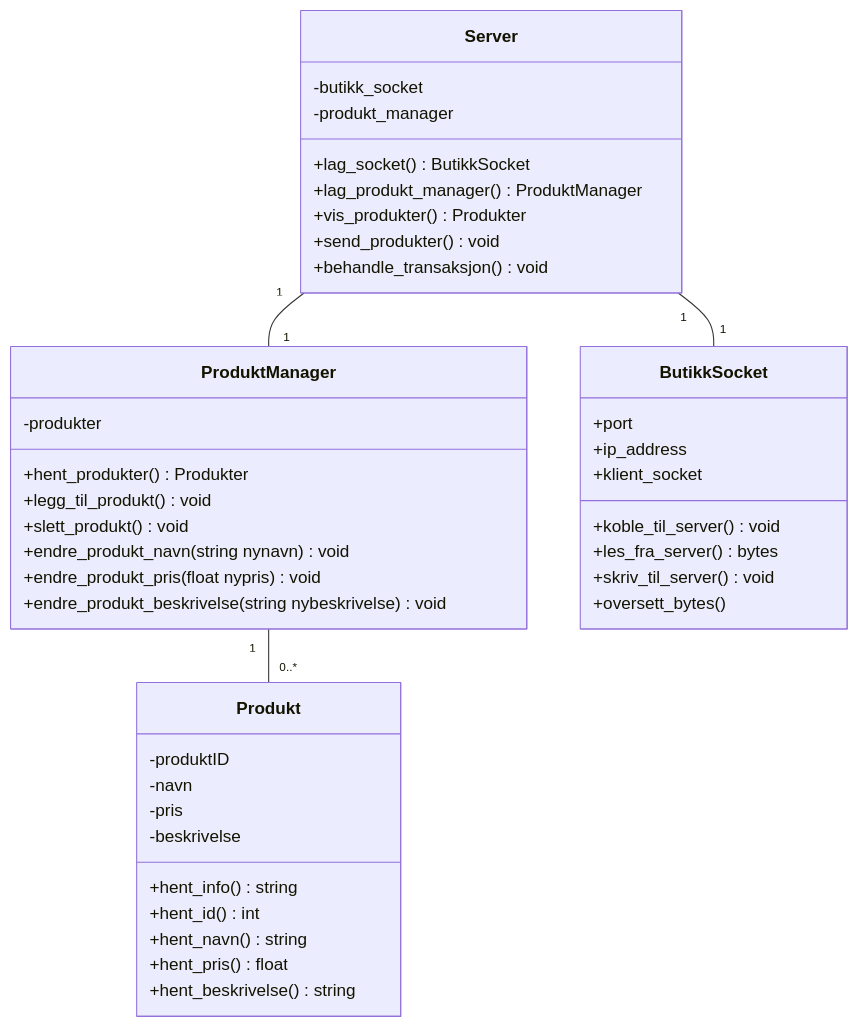
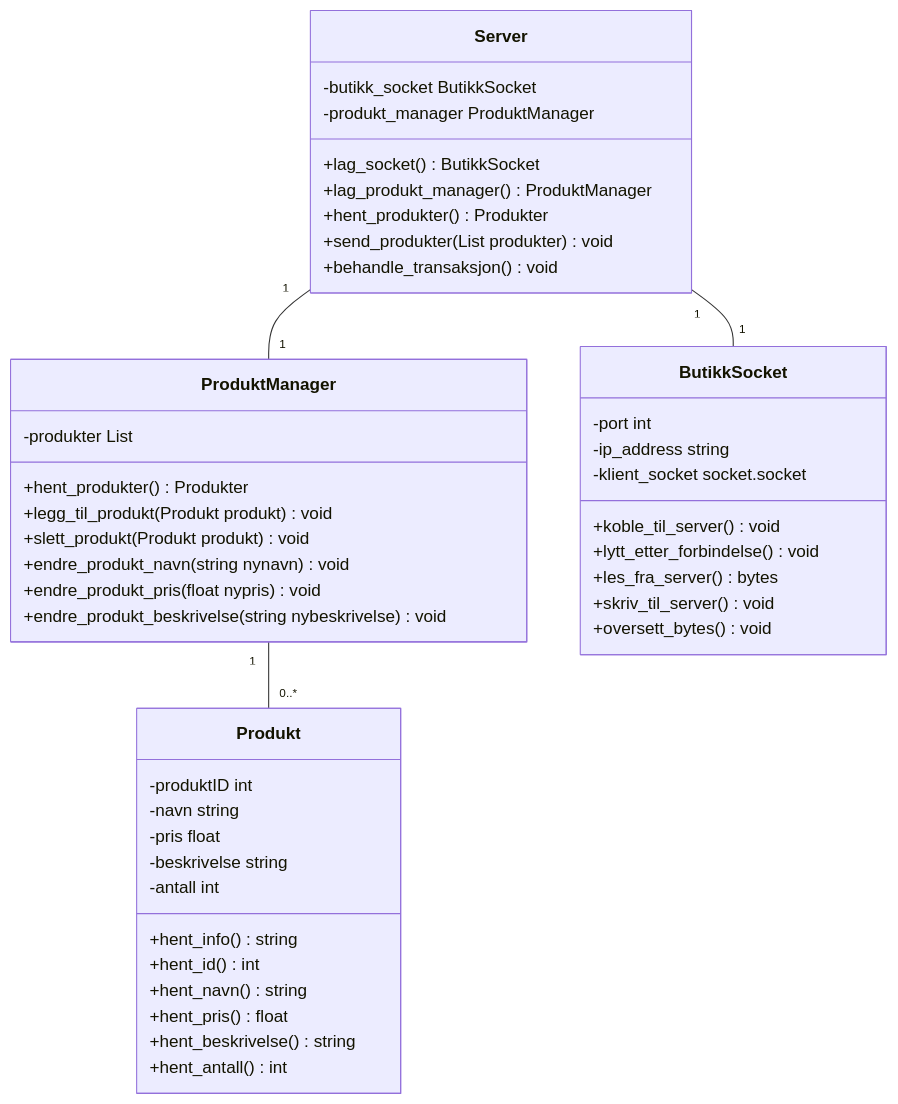
One commit to kmp-utvikler/bakeri_butikk changed the third of 3 diagrams in docs/design/server.md. Above: the diagram before and after it, drawn with Mermaid. The commit also changed other lines of this file and 1 other file, not shown here.

Commit message:
skrev ferdig klient.md og server.md

````diff
--- a/docs/design/server.md
+++ b/docs/design/server.md
@@ -8,44 +65,47 @@
 ```mermaid
 classDiagram
     class Server {
-        -butikk_socket
-        -produkt_manager
+        -butikk_socket ButikkSocket
+        -produkt_manager ProduktManager
         +lag_socket() ButikkSocket
         +lag_produkt_manager() ProduktManager
-        +vis_produkter() Produkter
-        +send_produkter() void
+        +hent_produkter() Produkter
+        +send_produkter(List<Produkt> produkter) void
         +behandle_transaksjon() void
     }
     class ProduktManager {
-        -produkter
+        -produkter List<Produkt>
         +hent_produkter() Produkter
-        +legg_til_produkt() void
-        +slett_produkt() void
+        +legg_til_produkt(Produkt produkt) void
+        +slett_produkt(Produkt produkt) void
         +endre_produkt_navn(string nynavn) void
         +endre_produkt_pris(float nypris) void
         +endre_produkt_beskrivelse(string nybeskrivelse) void
     }
     class Produkt {
-        -produktID
-        -navn
-        -pris
-        -beskrivelse
+        -produktID int
+        -navn string
+        -pris float
+        -beskrivelse string
+        -antall int
         +hent_info() string
         +hent_id() int
         +hent_navn() string
         +hent_pris() float
         +hent_beskrivelse() string
+        +hent_antall() int
     }
     class ButikkSocket {
-        +port
-        +ip_address
-        +klient_socket
+        -port int
+        -ip_address string
+        -klient_socket socket.socket
         +koble_til_server() void
+        +lytt_etter_forbindelse() void
         +les_fra_server() bytes
         +skriv_til_server() void
-        +oversett_bytes()
+        +oversett_bytes() void
     }
     Server "1"--"1" ButikkSocket    
     Server "1"--"1" ProduktManager
     ProduktManager "1"--"0..*" Produkt
 ```
````
